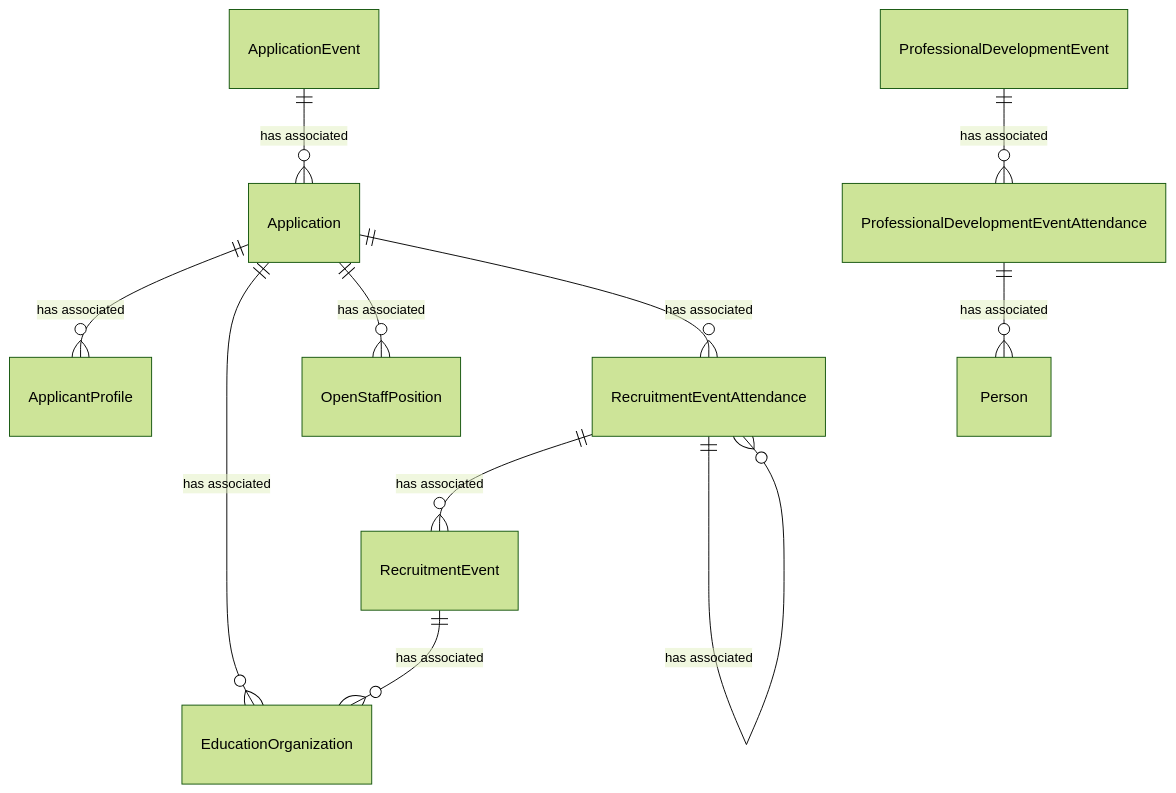
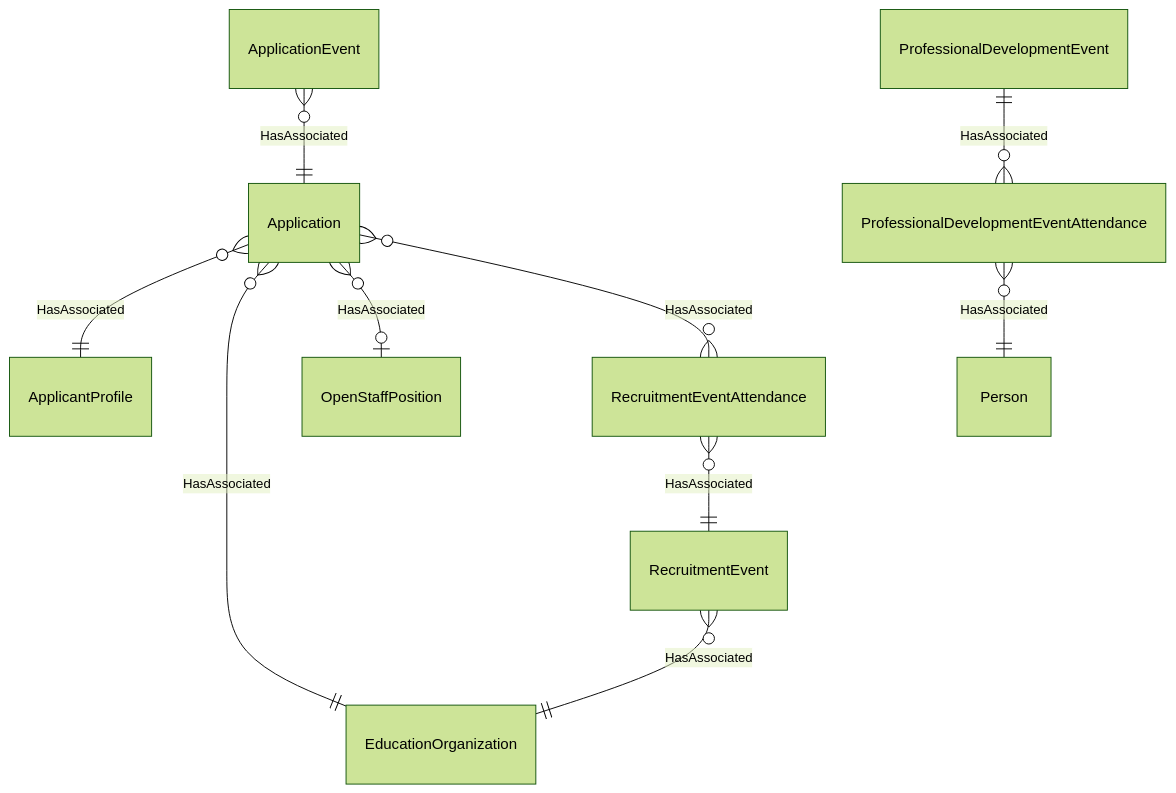
One commit to Ed-Fi-Alliance-OSS/ed-fi-alliance-oss.github.io changed the diagram in dataStandard_versioned_docs/version-6/model-reference/recruiting-and-staffing-domain/RecruitmentAndStaffing-simple.mmd. Above: the diagram before and after it, drawn with Mermaid (forest theme). The commit also changed 67 other files, not shown here.

First line of the commit message:
Updated .mmd diagrams with adjusted relationships based on DATASTD-2596

```diff
--- a/dataStandard_versioned_docs/version-6/model-reference/recruiting-and-staffing-domain/RecruitmentAndStaffing-simple.mmd
+++ b/dataStandard_versioned_docs/version-6/model-reference/recruiting-and-staffing-domain/RecruitmentAndStaffing-simple.mmd
@@ -1,31 +1,30 @@
 erDiagram
     ApplicantProfile {
     }
     Application {
     }
     ApplicationEvent {
     }
     OpenStaffPosition {
     }
     RecruitmentEvent {
     }
     RecruitmentEventAttendance {
     }
     ProfessionalDevelopmentEvent {
     }
     ProfessionalDevelopmentEventAttendance {
     }
     Person {
     }
     EducationOrganization {
     }
-    Application ||--o{ ApplicantProfile : "has associated"
-    Application ||--o{ EducationOrganization : "has associated"
-    Application ||--o{ OpenStaffPosition : "has associated"
-    Application ||--o{ RecruitmentEventAttendance : "has associated"
-    ApplicationEvent ||--o{ Application : "has associated"
-    RecruitmentEventAttendance ||--o{ RecruitmentEvent : "has associated"
-    RecruitmentEventAttendance ||--o{ RecruitmentEventAttendance : "has associated"
-    RecruitmentEvent ||--o{ EducationOrganization : "has associated"
-    ProfessionalDevelopmentEvent ||--o{ ProfessionalDevelopmentEventAttendance : "has associated"
-    ProfessionalDevelopmentEventAttendance ||--o{ Person : "has associated"
+    Application }o--|| ApplicantProfile : "HasAssociated"
+    Application }o--|| EducationOrganization : "HasAssociated"
+    Application }o--o| OpenStaffPosition : "HasAssociated"
+    Application }o--o{ RecruitmentEventAttendance : "HasAssociated"
+    ApplicationEvent }o--|| Application : "HasAssociated"
+    RecruitmentEvent }o--|| EducationOrganization : "HasAssociated"
+    RecruitmentEventAttendance }o--|| RecruitmentEvent : "HasAssociated" 
+    ProfessionalDevelopmentEvent ||--o{ ProfessionalDevelopmentEventAttendance : "HasAssociated"
+    ProfessionalDevelopmentEventAttendance }o--|| Person : "HasAssociated"
```
